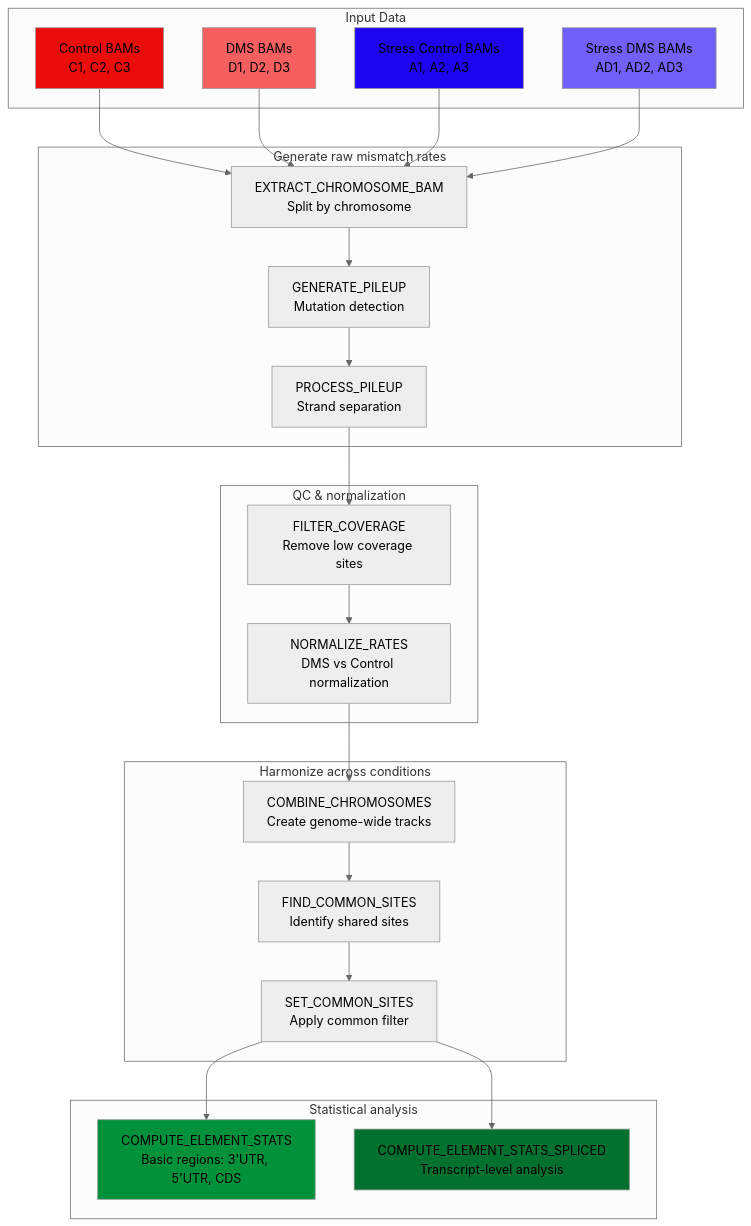
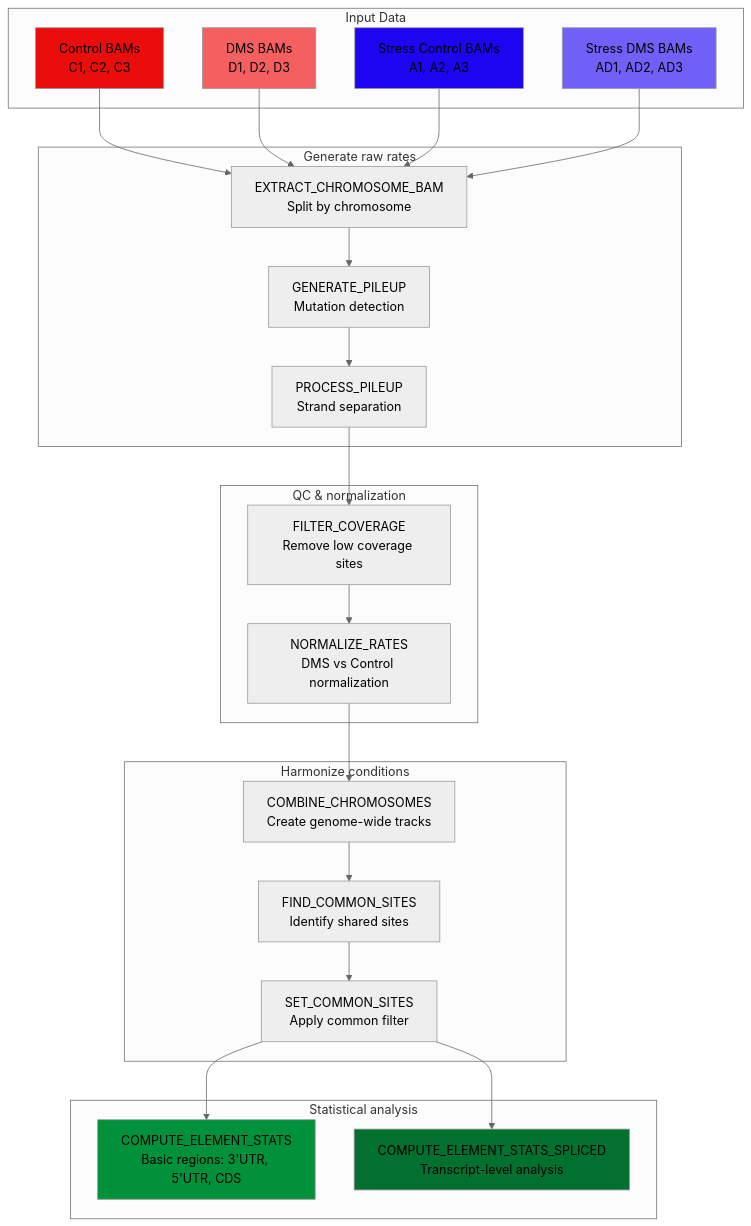
One commit to t-whitfield/TRAM-seq changed the diagram in README.md. Above: the diagram before and after it, drawn with Mermaid (neutral theme).

````diff
--- a/README.md
+++ b/README.md
@@ -16,49 +16,49 @@
 ```mermaid
 flowchart TD
     subgraph "Input Data"
         A1[Control BAMs<br/>C1, C2, C3]
         A2[DMS BAMs<br/>D1, D2, D3]
         A3[Stress Control BAMs<br/>A1, A2, A3]
         A4[Stress DMS BAMs<br/>AD1, AD2, AD3]
     end
     
-    subgraph "Generate raw mismatch rates"
+    subgraph "Generate raw rates"
         B[EXTRACT_CHROMOSOME_BAM<br/>Split by chromosome]
         C[GENERATE_PILEUP<br/>Mutation detection]
         D[PROCESS_PILEUP<br/>Strand separation]
     end
     
     subgraph "QC & normalization"
         E[FILTER_COVERAGE<br/>Remove low coverage sites]
         F[NORMALIZE_RATES<br/>DMS vs Control normalization]
     end
     
-    subgraph "Harmonize across conditions"
+    subgraph "Harmonize conditions"
         G[COMBINE_CHROMOSOMES<br/>Create genome-wide tracks]
         H[FIND_COMMON_SITES<br/>Identify shared sites]
         I[SET_COMMON_SITES<br/>Apply common filter]
     end
     
     subgraph "Statistical analysis"
         J[COMPUTE_ELEMENT_STATS<br/>Basic regions: 3'UTR, 5'UTR, CDS]
         K[COMPUTE_ELEMENT_STATS_SPLICED<br/>Transcript-level analysis]
     end
     
     A1 & A2 & A3 & A4 --> B
     B --> C
     C --> D
     D --> E
     E --> F
     F --> G
     G --> H
     H --> I
     I --> J
     I --> K
     
     style A1 fill:#EB0C0C
     style A2 fill:#F55F5F
     style A3 fill:#1D05F2
     style A4 fill:#7060F7
     style J fill:#01913B
     style K fill:#02702F
 ```
````
